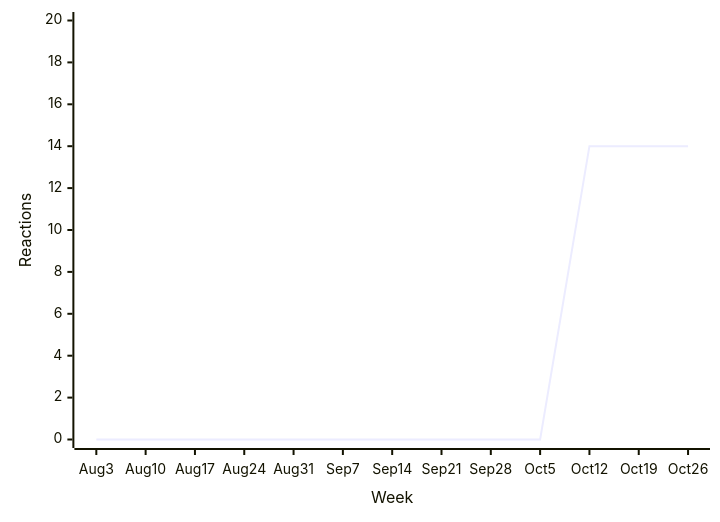
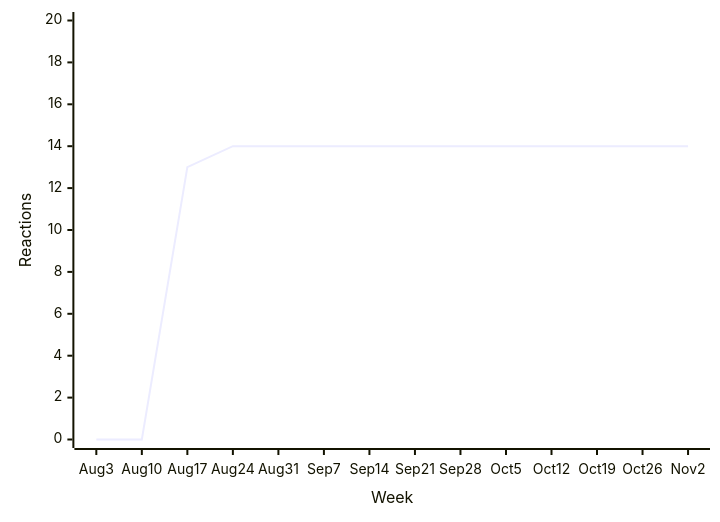
Diagram 12 of 38 in README.md (loic-sharma/github-insights), drawn with Mermaid before and after one commit. The commit also changed other lines of this file and 3 other files, not shown here.

````diff
--- a/README.md
+++ b/README.md
@@ -511,6 +511,6 @@
   ```mermaid
   xychart-beta
-    x-axis "Week" [Aug 3, Aug 10, Aug 17, Aug 24, Aug 31, Sep 7, Sep 14, Sep 21, Sep 28, Oct 5, Oct 12, Oct 19, Oct 26]
+    x-axis "Week" [Aug 3, Aug 10, Aug 17, Aug 24, Aug 31, Sep 7, Sep 14, Sep 21, Sep 28, Oct 5, Oct 12, Oct 19, Oct 26, Nov 2]
     y-axis "Reactions" 0 --> 20
-    line [0, 0, 0, 0, 0, 0, 0, 0, 0, 0, 14, 14, 14]
+    line [0, 0, 13, 14, 14, 14, 14, 14, 14, 14, 14, 14, 14, 14]
   ```
````
